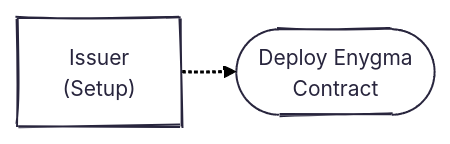
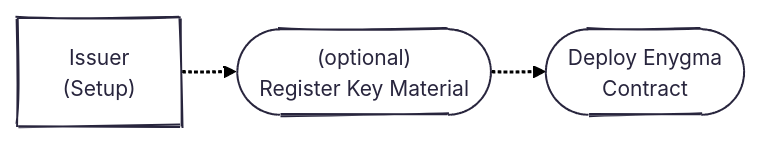
One commit to raylsnetwork/Enygma changed the third of 9 diagrams in enygma_payments/README.md. Above: the diagram before and after it, drawn with Mermaid. The commit also changed other lines of this file, not shown here.

````diff
--- a/enygma_payments/README.md
+++ b/enygma_payments/README.md
@@ -71,17 +72,17 @@
 ```mermaid
 ---
 config:
   theme: redux
   layout: elk
   look: handDrawn
 ---
 flowchart LR
 
     %% I (Setup)
     i_setup["Issuer<br>(Setup)"]
+    register(["(optional)<br>Register Key Material"])
     deploy(["Deploy Enygma<br>Contract"])
 
     %% Flow Connections
-    i_setup -.-> deploy
-
+    i_setup -.-> register -.-> deploy
 ```
````
